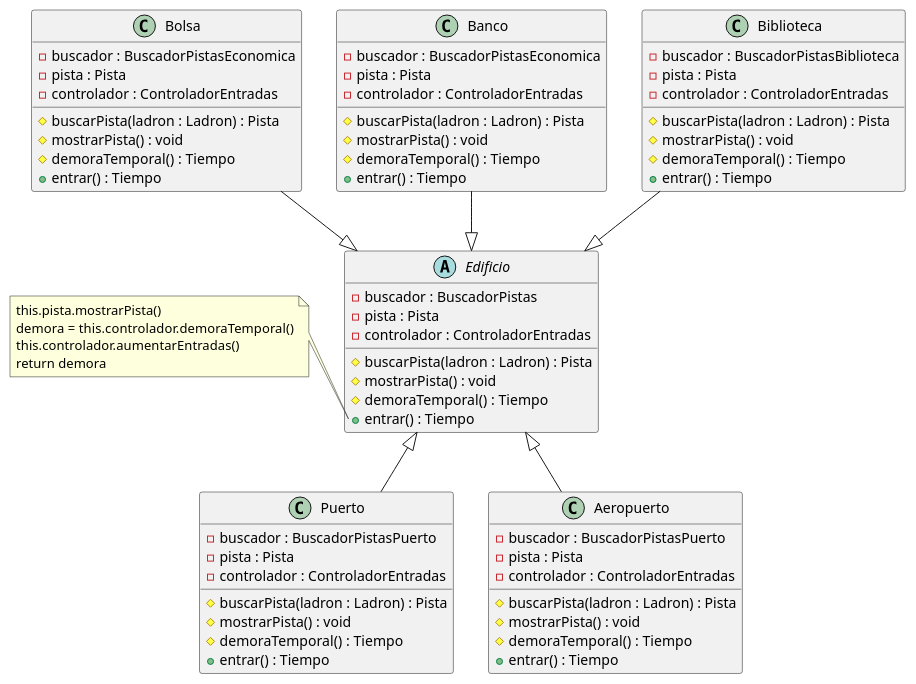
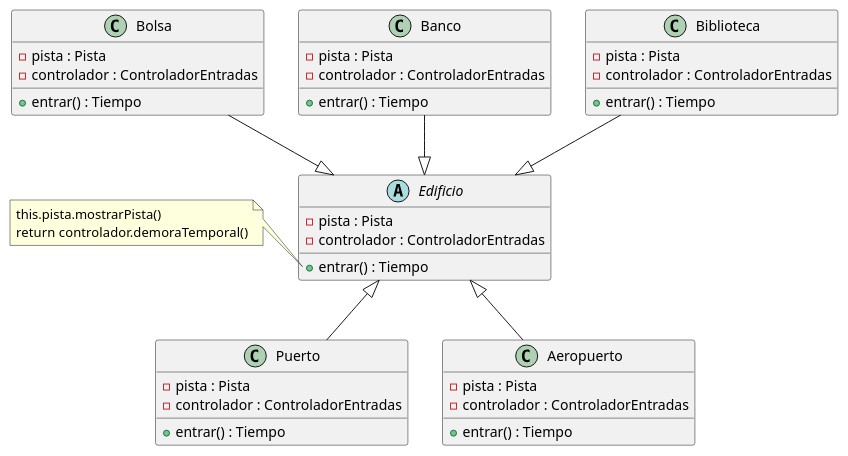
One commit to Nicolas-Bravo/algo3_tp2 changed the diagram in diagrams/classes/EdificioTipos.plantuml. Above: the diagram before and after it, drawn with PlantUML. The commit also changed 18 other files, not shown here.

```diff
--- a/diagrams/classes/EdificioTipos.plantuml
+++ b/diagrams/classes/EdificioTipos.plantuml
@@ -1,76 +1,50 @@
 @startuml
 
 abstract Edificio{
-    - buscador : BuscadorPistas
     - pista : Pista
     - controlador : ControladorEntradas
-    # buscarPista(ladron : Ladron) : Pista
-    # mostrarPista() : void
-    # demoraTemporal() : Tiempo
     + entrar() : Tiempo
 }
 
 class Bolsa{
-    - buscador : BuscadorPistasEconomica
     - pista : Pista
     - controlador : ControladorEntradas
-    # buscarPista(ladron : Ladron) : Pista
-    # mostrarPista() : void
-    # demoraTemporal() : Tiempo
     + entrar() : Tiempo
 }
 
 class Banco{
-    - buscador : BuscadorPistasEconomica
     - pista : Pista
     - controlador : ControladorEntradas
-    # buscarPista(ladron : Ladron) : Pista
-    # mostrarPista() : void
-    # demoraTemporal() : Tiempo
     + entrar() : Tiempo
 }
 
 class Biblioteca{
-    - buscador : BuscadorPistasBiblioteca
     - pista : Pista
     - controlador : ControladorEntradas
-    # buscarPista(ladron : Ladron) : Pista
-    # mostrarPista() : void
-    # demoraTemporal() : Tiempo
     + entrar() : Tiempo
 }
 
 class Puerto{
-    - buscador : BuscadorPistasPuerto
     - pista : Pista
     - controlador : ControladorEntradas
-    # buscarPista(ladron : Ladron) : Pista
-    # mostrarPista() : void
-    # demoraTemporal() : Tiempo
     + entrar() : Tiempo
 }
 
 class Aeropuerto{
-    - buscador : BuscadorPistasPuerto
     - pista : Pista
     - controlador : ControladorEntradas
-    # buscarPista(ladron : Ladron) : Pista
-    # mostrarPista() : void
-    # demoraTemporal() : Tiempo
     + entrar() : Tiempo
 }
 
 note left of Edificio::entrar
     this.pista.mostrarPista()
-    demora = this.controlador.demoraTemporal()
-    this.controlador.aumentarEntradas()
-    return demora
+    return controlador.demoraTemporal()
 end note
 
 Bolsa --|> Edificio
 Banco --|> Edificio
 Biblioteca  --|> Edificio
 Edificio <|-- Puerto
 Edificio <|-- Aeropuerto
 
 @enduml
```
